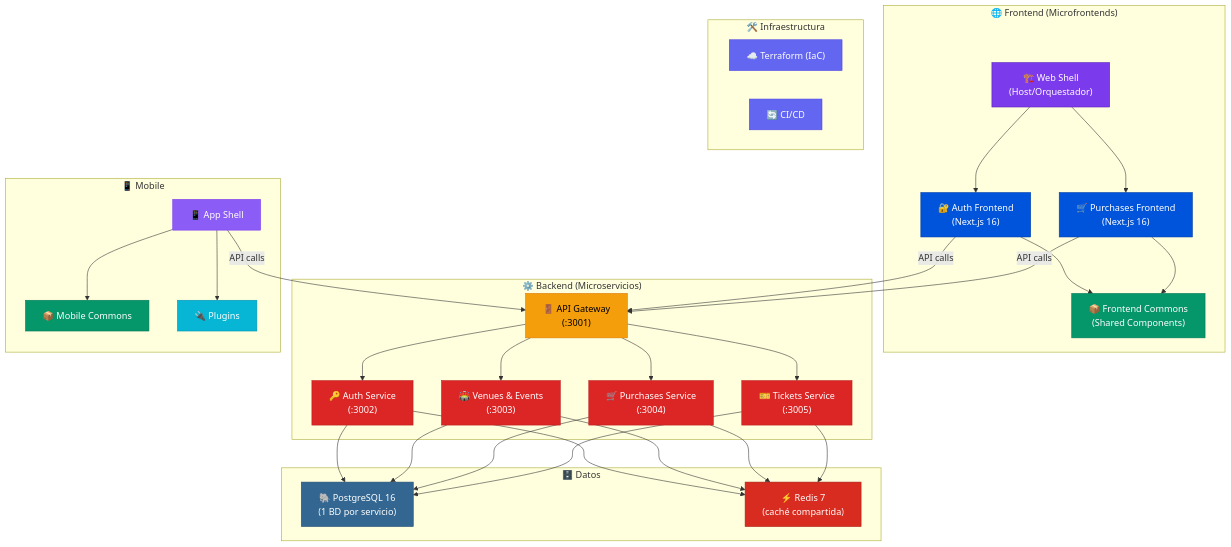
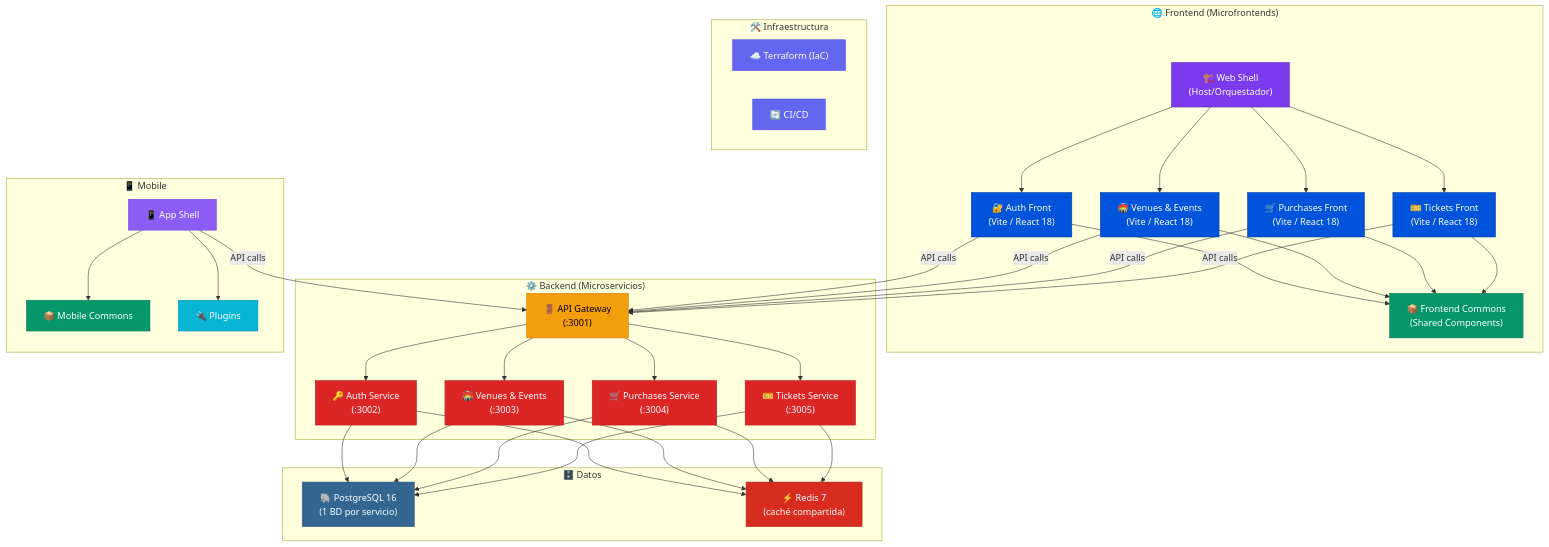
Before and after one commit to amadorcdr/nextticket: the seventh of 7 diagrams in README.md, drawn with Mermaid. The commit also changed other lines of this file and 1 other file, not shown here.

````diff
--- a/README.md
+++ b/README.md
@@ -1002,14 +916,20 @@
 graph TB
     subgraph "🌐 Frontend (Microfrontends)"
         WS["🏗️ Web Shell<br/>(Host/Orquestador)"]
-        AF["🔐 Auth Frontend<br/>(Next.js 16)"]
-        PF["🛒 Purchases Frontend<br/>(Next.js 16)"]
+        AF["🔐 Auth Front<br/>(Vite / React 18)"]
+        VEF["🏟️ Venues & Events<br/>(Vite / React 18)"]
+        PF["🛒 Purchases Front<br/>(Vite / React 18)"]
+        TF["🎫 Tickets Front<br/>(Vite / React 18)"]
         FC["📦 Frontend Commons<br/>(Shared Components)"]
 
         WS --> AF
+        WS --> VEF
         WS --> PF
+        WS --> TF
         AF --> FC
+        VEF --> FC
         PF --> FC
+        TF --> FC
     end
 
     subgraph "⚙️ Backend (Microservicios)"
@@ -1040,12 +960,14 @@
     end
 
     subgraph "🛠️ Infraestructura"
-        TF["☁️ Terraform (IaC)"]
+        TF_INFRA["☁️ Terraform (IaC)"]
         CI["🔄 CI/CD"]
     end
 
     AF -->|"API calls"| GW
+    VEF -->|"API calls"| GW
     PF -->|"API calls"| GW
+    TF -->|"API calls"| GW
     MA -->|"API calls"| GW
     AS --> PG
     VE --> PG
@@ -1058,7 +980,9 @@
 
     style WS fill:#7c3aed,color:#fff,stroke:#5b21b6
     style AF fill:#0053db,color:#fff,stroke:#003ea8
+    style VEF fill:#0053db,color:#fff,stroke:#003ea8
     style PF fill:#0053db,color:#fff,stroke:#003ea8
+    style TF fill:#0053db,color:#fff,stroke:#003ea8
     style FC fill:#059669,color:#fff,stroke:#047857
     style GW fill:#f59e0b,color:#000,stroke:#d97706
     style AS fill:#dc2626,color:#fff,stroke:#b91c1c
@@ -1070,6 +994,6 @@
     style MA fill:#8b5cf6,color:#fff,stroke:#7c3aed
     style MC fill:#059669,color:#fff,stroke:#047857
     style MP fill:#06b6d4,color:#fff,stroke:#0891b2
-    style TF fill:#6366f1,color:#fff,stroke:#4f46e5
+    style TF_INFRA fill:#6366f1,color:#fff,stroke:#4f46e5
     style CI fill:#6366f1,color:#fff,stroke:#4f46e5
 ```
````
